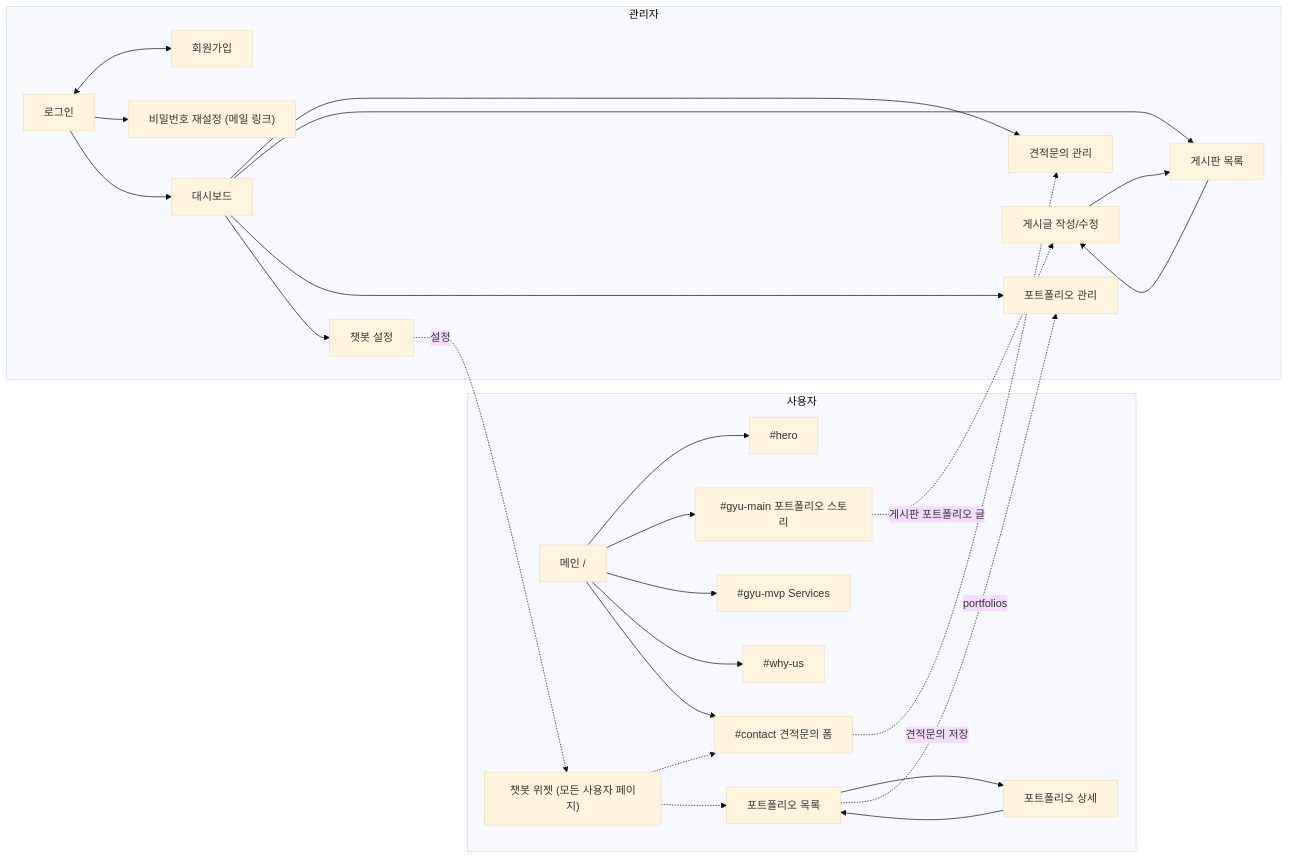
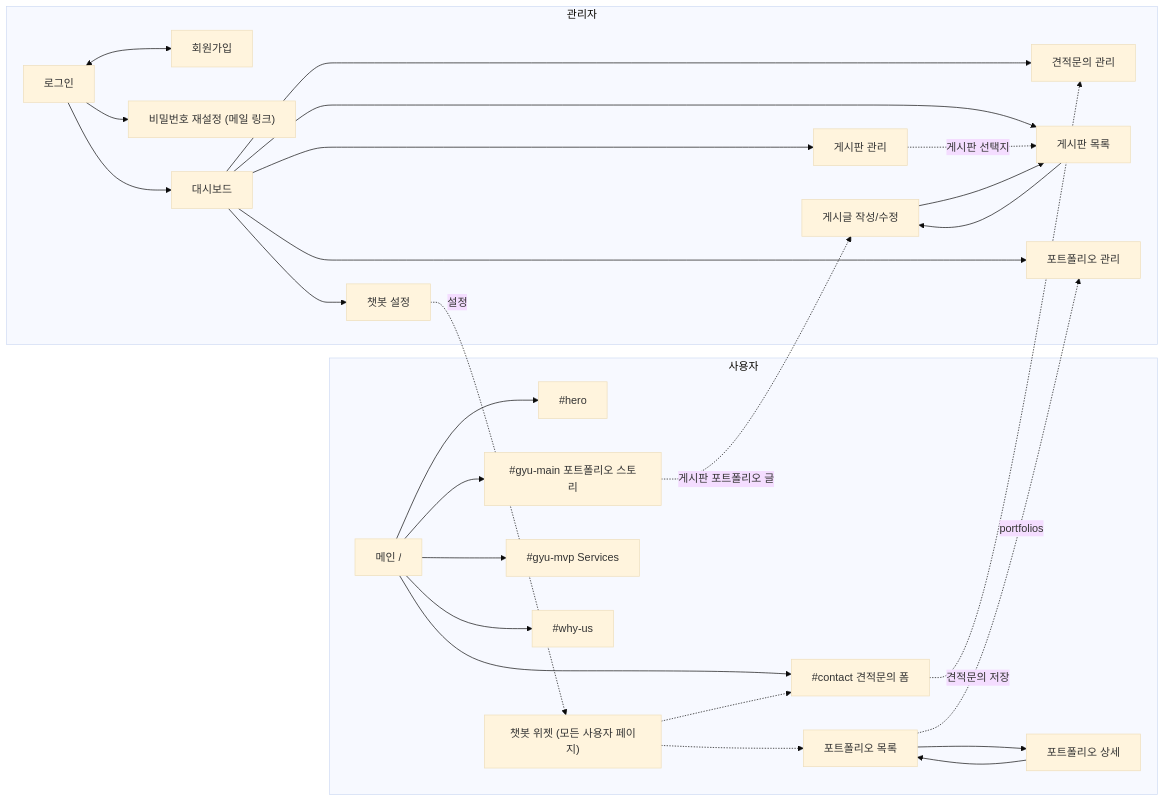
Before and after one commit to Lee-geon-gyu/Fuse.Lab_Brand_Web: the diagram in docs/design.md, drawn with Mermaid (base theme). The commit also changed other lines of this file and 61 other files, not shown here.

````diff
--- a/docs/design.md
+++ b/docs/design.md
@@ -29,29 +33,31 @@
 ```mermaid
 flowchart LR
   subgraph 사용자
     home["메인 /"] --> hero["#hero"]
     home --> story["#gyu-main 포트폴리오 스토리"]
     home --> mvp["#gyu-mvp Services"]
     home --> why["#why-us"]
     home --> contact["#contact 견적문의 폼"]
     plist["포트폴리오 목록"] --> pdetail["포트폴리오 상세"]
     pdetail --> plist
     chat["챗봇 위젯 (모든 사용자 페이지)"] -.-> contact
     chat -.-> plist
   end
   subgraph 관리자
     login["로그인"] <--> signup["회원가입"]
     login --> reset["비밀번호 재설정 (메일 링크)"]
     login --> dash["대시보드"]
     dash --> inquiries["견적문의 관리"]
     dash --> board["게시판 목록"]
+    dash --> boards["게시판 관리"]
+    boards -. 게시판 선택지 .-> board
     board --> edit["게시글 작성/수정"]
     edit --> board
     dash --> portfolios["포트폴리오 관리"]
     dash --> chatbot["챗봇 설정"]
   end
   contact -. 견적문의 저장 .-> inquiries
   story -. 게시판 포트폴리오 글 .-> edit
   plist -. portfolios .-> portfolios
   chatbot -. 설정 .-> chat
 ```
````
